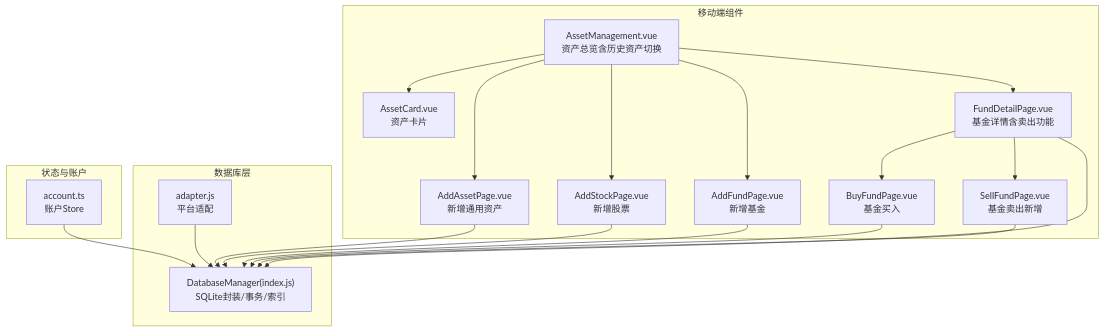
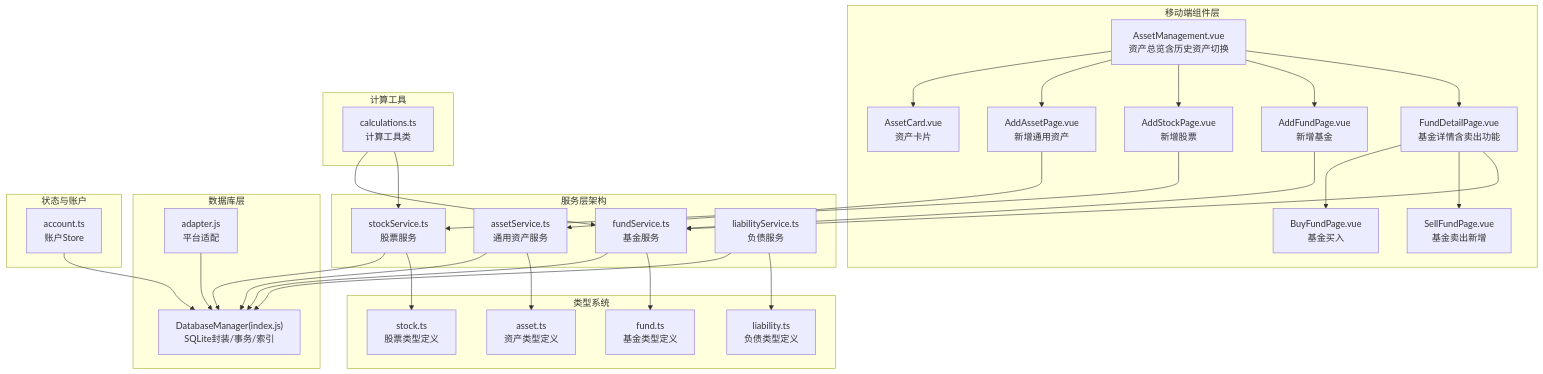
One commit to xiao-lin-unit/yuan changed the first of 10 diagrams in .qoder/repowiki/zh/content/资产管理/资产管理.md. Above: the diagram before and after it, drawn with Mermaid. The commit also changed other lines of this file and 21 other files, not shown here.

````diff
--- a/.qoder/repowiki/zh/content/资产管理/资产管理.md
+++ b/.qoder/repowiki/zh/content/资产管理/资产管理.md
@@ -39,35 +50,58 @@
 ```mermaid
 graph TB
-subgraph "移动端组件"
+subgraph "移动端组件层"
 AM["AssetManagement.vue<br/>资产总览含历史资产切换"]
 AC["AssetCard.vue<br/>资产卡片"]
 AAS["AddAssetPage.vue<br/>新增通用资产"]
 ASP["AddStockPage.vue<br/>新增股票"]
 AFP["AddFundPage.vue<br/>新增基金"]
 FDP["FundDetailPage.vue<br/>基金详情含卖出功能"]
 BFP["BuyFundPage.vue<br/>基金买入"]
 SFP["SellFundPage.vue<br/>基金卖出新增"]
+end
+subgraph "服务层架构"
+ASS["assetService.ts<br/>通用资产服务"]
+FSS["fundService.ts<br/>基金服务"]
+STS["stockService.ts<br/>股票服务"]
+LS["liabilityService.ts<br/>负债服务"]
+end
+subgraph "类型系统"
+AT["asset.ts<br/>资产类型定义"]
+FT["fund.ts<br/>基金类型定义"]
+STT["stock.ts<br/>股票类型定义"]
+LT["liability.ts<br/>负债类型定义"]
+end
+subgraph "计算工具"
+CAL["calculations.ts<br/>计算工具类"]
 end
 subgraph "数据库层"
 DBM["DatabaseManager(index.js)<br/>SQLite封装/事务/索引"]
 ADP["adapter.js<br/>平台适配"]
 end
 subgraph "状态与账户"
 ACC["account.ts<br/>账户Store"]
 end
 AM --> AC
 AM --> AAS
 AM --> ASP
 AM --> AFP
 AM --> FDP
 FDP --> BFP
 FDP --> SFP
-AAS --> DBM
-ASP --> DBM
-AFP --> DBM
-FDP --> DBM
-BFP --> DBM
-SFP --> DBM
+AAS --> ASS
+ASP --> STS
+AFP --> FSS
+FDP --> FSS
+ASS --> DBM
+STS --> DBM
+FSS --> DBM
+LS --> DBM
+ASS --> AT
+STS --> STT
+FSS --> FT
+LS --> LT
+CAL --> FSS
+CAL --> STS
 ACC --> DBM
 ADP --> DBM
 ```
````
